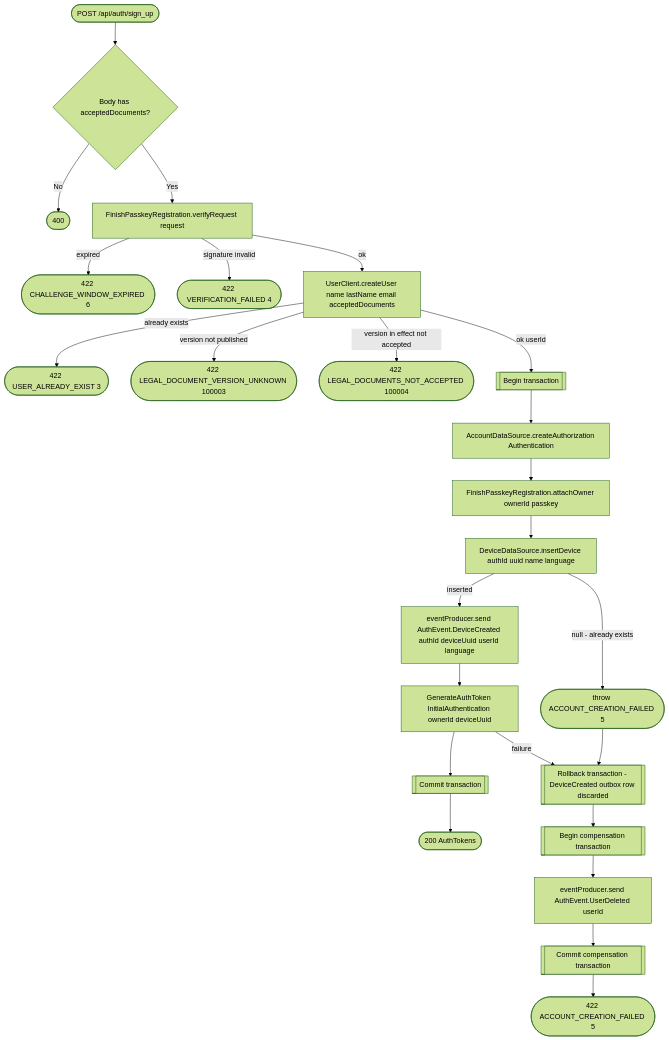
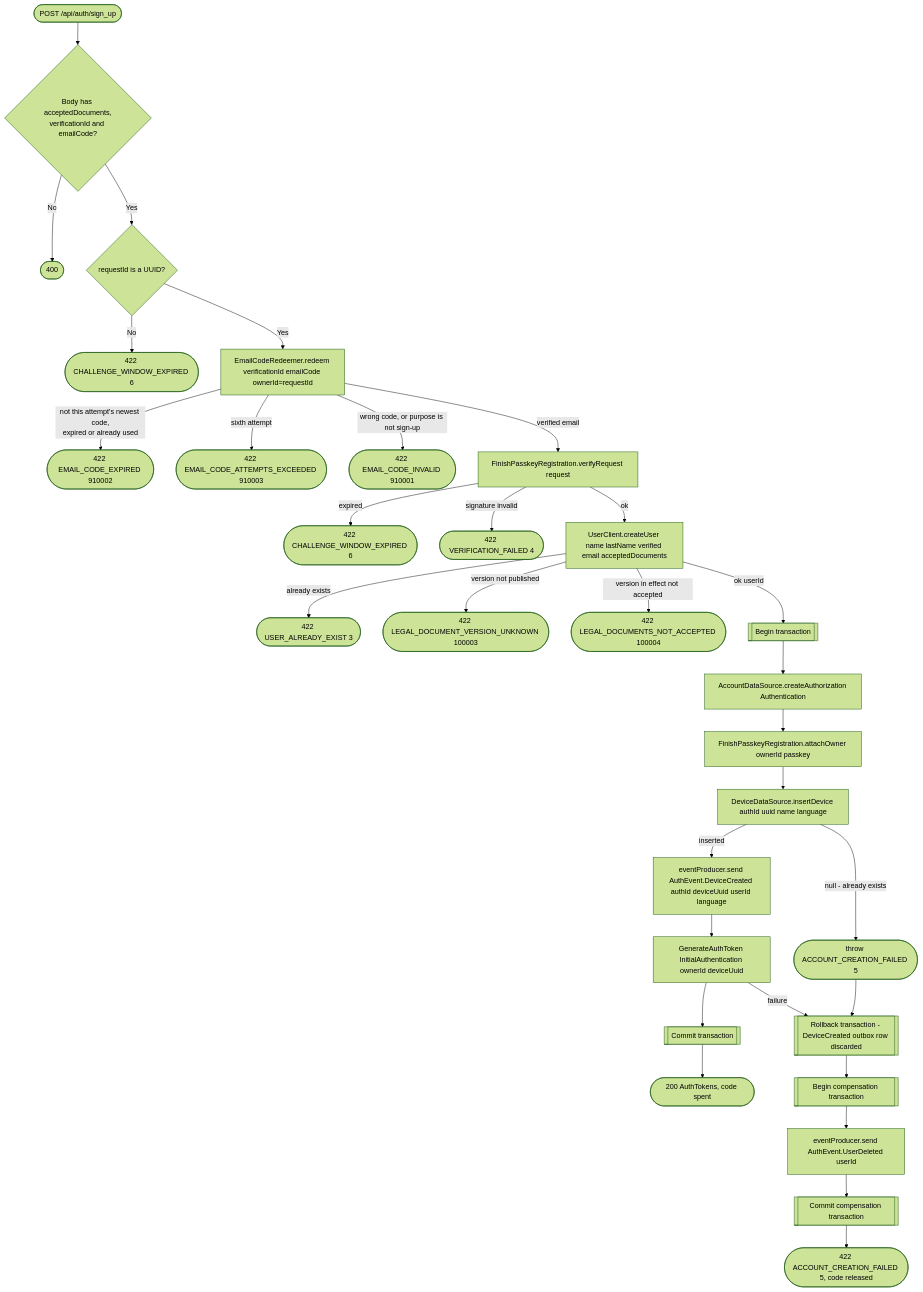
Before and after one commit to nocturneproperties/bookkme: the diagram in docs/operations/authorization/sign-up.md, drawn with Mermaid (forest theme). The commit also changed other lines of this file and 89 other files, not shown here.

Commit message:
[ISSUE-146] make email verification during signup mandatory

````diff
--- a/docs/operations/authorization/sign-up.md
+++ b/docs/operations/authorization/sign-up.md
@@ -20,27 +32,33 @@
 ```mermaid
 flowchart TD
-    Start([POST /api/auth/sign_up]) --> Body{Body has acceptedDocuments?}
+    Start([POST /api/auth/sign_up]) --> Body{Body has acceptedDocuments,<br/>verificationId and emailCode?}
     Body -- No --> R400([400])
-    Body -- Yes --> Verify[FinishPasskeyRegistration.verifyRequest request]
+    Body -- Yes --> Owner{requestId is a UUID?}
+    Owner -- No --> R422x([422 CHALLENGE_WINDOW_EXPIRED 6])
+    Owner -- Yes --> Redeem[EmailCodeRedeemer.redeem verificationId emailCode ownerId=requestId]
+    Redeem -- not this attempt's newest code,<br/>expired or already used --> R422g([422 EMAIL_CODE_EXPIRED 910002])
+    Redeem -- sixth attempt --> R422h([422 EMAIL_CODE_ATTEMPTS_EXCEEDED 910003])
+    Redeem -- wrong code, or purpose is not sign-up --> R422i([422 EMAIL_CODE_INVALID 910001])
+    Redeem -- verified email --> Verify[FinishPasskeyRegistration.verifyRequest request]
     Verify -- expired --> R422a([422 CHALLENGE_WINDOW_EXPIRED 6])
     Verify -- signature invalid --> R422b([422 VERIFICATION_FAILED 4])
-    Verify -- ok --> CreateUser[UserClient.createUser name lastName email acceptedDocuments]
+    Verify -- ok --> CreateUser[UserClient.createUser name lastName verified email acceptedDocuments]
     CreateUser -- already exists --> R422c([422 USER_ALREADY_EXIST 3])
     CreateUser -- version not published --> R422e([422 LEGAL_DOCUMENT_VERSION_UNKNOWN 100003])
     CreateUser -- version in effect not accepted --> R422f([422 LEGAL_DOCUMENTS_NOT_ACCEPTED 100004])
     CreateUser -- ok userId --> Tx[[Begin transaction]]
     Tx --> CreateAuth[AccountDataSource.createAuthorization Authentication]
     CreateAuth --> AttachOwner[FinishPasskeyRegistration.attachOwner ownerId passkey]
     AttachOwner --> InsertDevice[DeviceDataSource.insertDevice authId uuid name language]
     InsertDevice -- null - already exists --> Fail1([throw ACCOUNT_CREATION_FAILED 5])
     InsertDevice -- inserted --> DeviceEvent[eventProducer.send AuthEvent.DeviceCreated authId deviceUuid userId language]
     DeviceEvent --> GenToken[GenerateAuthToken InitialAuthentication ownerId deviceUuid]
     GenToken --> TxEnd[[Commit transaction]]
     GenToken -- failure --> Rollback
-    TxEnd --> R200([200 AuthTokens])
+    TxEnd --> R200([200 AuthTokens, code spent])
     Fail1 --> Rollback[[Rollback transaction - DeviceCreated outbox row discarded]]
     Rollback --> CompTx[[Begin compensation transaction]]
     CompTx --> Compensate[eventProducer.send AuthEvent.UserDeleted userId]
     Compensate --> CompEnd[[Commit compensation transaction]]
-    CompEnd --> R422d([422 ACCOUNT_CREATION_FAILED 5])
+    CompEnd --> R422d([422 ACCOUNT_CREATION_FAILED 5, code released])
 ```
````
